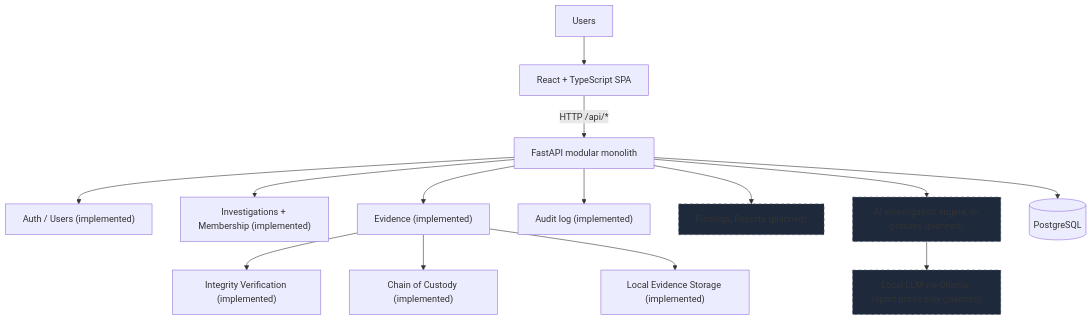
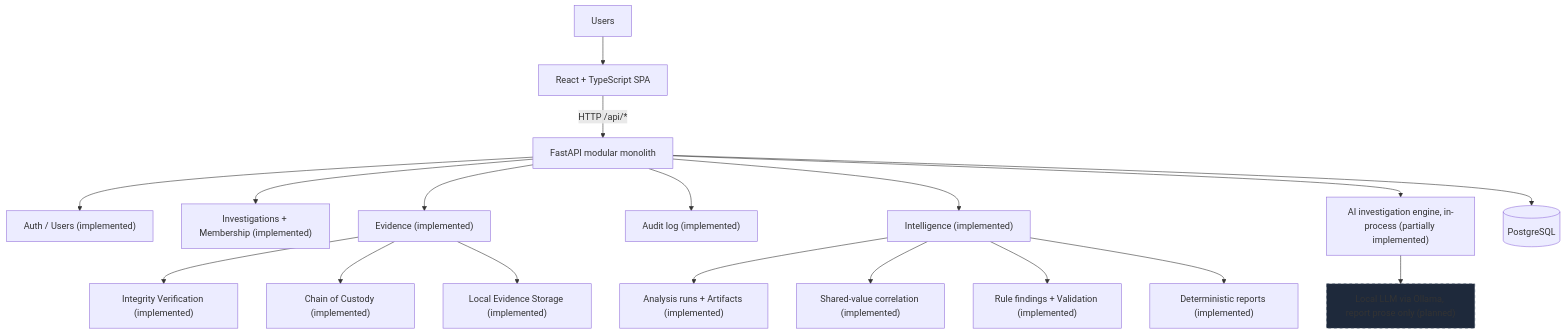
The first of 2 diagrams in docs/architecture.md (shikhar-sahay/provena), drawn with Mermaid before and after one commit. The commit also changed other lines of this file and 8 other files, not shown here.

````diff
--- a/docs/architecture.md
+++ b/docs/architecture.md
@@ -9,19 +9,21 @@
 ```mermaid
 flowchart TB
     Users --> SPA["React + TypeScript SPA"]
     SPA -->|"HTTP /api/*"| API["FastAPI modular monolith"]
     API --> Auth["Auth / Users (implemented)"]
     API --> Inv["Investigations + Membership (implemented)"]
     API --> Ev["Evidence (implemented)"]
     Ev --> Integ["Integrity Verification (implemented)"]
     Ev --> Cust["Chain of Custody (implemented)"]
     Ev --> Store["Local Evidence Storage (implemented)"]
     API --> Audit["Audit log (implemented)"]
-    API --> PlannedBE["Findings, Reports (planned)"]
-    API --> AI["AI investigation engine, in-process (planned)"]
+    API --> Intel["Intelligence (implemented)"]
+    Intel --> Runs["Analysis runs + Artifacts (implemented)"]
+    Intel --> Corr["Shared-value correlation (implemented)"]
+    Intel --> Find["Rule findings + Validation (implemented)"]
+    Intel --> Rep["Deterministic reports (implemented)"]
+    API --> AI["AI investigation engine, in-process (partially implemented)"]
     AI --> LLM["Local LLM via Ollama, report prose only (planned)"]
     API --> PG[("PostgreSQL")]
-    style PlannedBE fill:#1e293b,stroke:#475569,stroke-dasharray: 5 5
-    style AI fill:#1e293b,stroke:#475569,stroke-dasharray: 5 5
     style LLM fill:#1e293b,stroke:#475569,stroke-dasharray: 5 5
 ```
````
